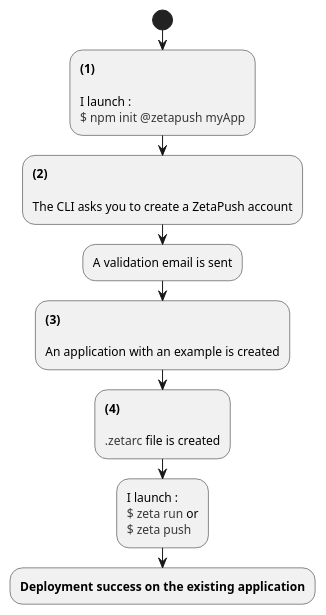
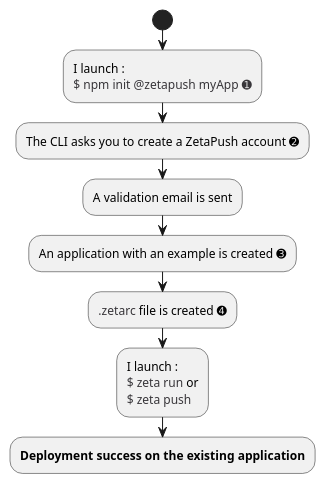
Before and after one commit to zetapush/documentation: the diagram in src/docs/asciidoc/common/diagrams/workflow-init-without-account.adoc, drawn with PlantUML. The commit also changed other lines of this file and 34 other files, not shown here.

```diff
--- a/src/docs/asciidoc/common/diagrams/workflow-init-without-account.adoc
+++ b/src/docs/asciidoc/common/diagrams/workflow-init-without-account.adoc
@@ -4,29 +4,21 @@
 [plantuml, init-without-account, png]     
 ....
 start
 
-:<b>(1)</b>
+:I launch :
+<color:#38363a>$ npm init @zetapush myApp ➊; 
 
-I launch :
-<color:#38363a>$ npm init @zetapush myApp;
-
-:<b>(2)</b>
-
-The CLI asks you to create a ZetaPush account;
+:The CLI asks you to create a ZetaPush account ➋;
 
 :A validation email is sent;
 
-:<b>(3)</b>
+:An application with an example is created ➌;
 
-An application with an example is created;
-
-:<b>(4)</b>
-
-<color:#38363a>.zetarc</color> file is created;
+:<color:#38363a>.zetarc</color> file is created ➍;
 
 :I launch :
 <color:#38363a>$ zeta run</color> or
 <color:#38363a>$ zeta push;
 
 :<b>Deployment success on the existing application;
 ....
```
